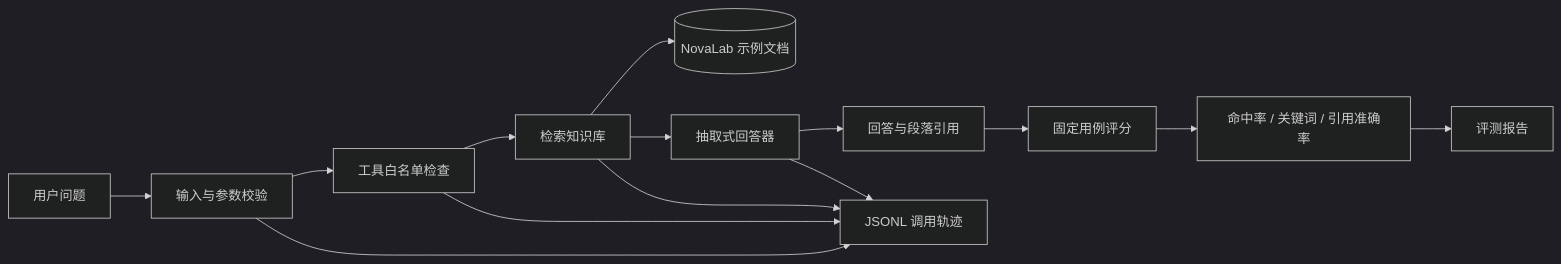
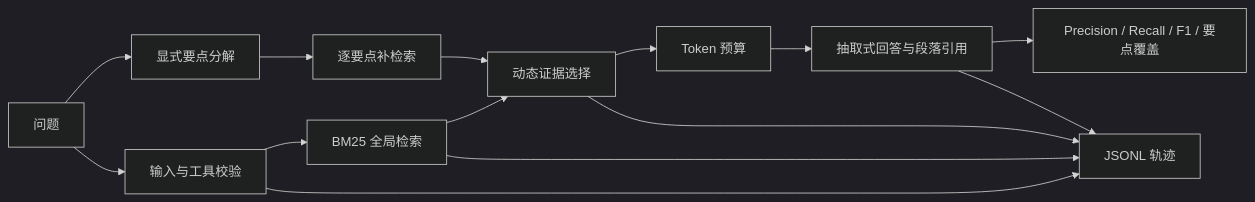
One commit to Bowen-studying/rag-agent-harness changed the diagram in README.md. Above: the diagram before and after it, drawn with Mermaid (dark theme). The commit also changed other lines of this file and 13 other files, not shown here.

````diff
--- a/README.md
+++ b/README.md
@@ -53,16 +62,16 @@
 ```mermaid
 flowchart LR
-    Q[用户问题] --> V[输入与参数校验]
-    V --> B[工具白名单检查]
-    B --> R[检索知识库]
-    R --> K[(NovaLab 示例文档)]
-    R --> A[抽取式回答器]
-    A --> C[回答与段落引用]
-    C --> E[固定用例评分]
-    E --> M[命中率 / 关键词 / 引用准确率]
-    V --> T[JSONL 调用轨迹]
-    B --> T
+    Q[问题] --> V[输入与工具校验]
+    V --> R[BM25 全局检索]
+    Q --> D[显式要点分解]
+    D --> AR[逐要点补检索]
+    R --> S[动态证据选择]
+    AR --> S
+    S --> B[Token 预算]
+    B --> A[抽取式回答与段落引用]
+    A --> E[Precision / Recall / F1 / 要点覆盖]
+    V --> T[JSONL 轨迹]
     R --> T
+    S --> T
     A --> T
-    M --> P[评测报告]
 ```
````
